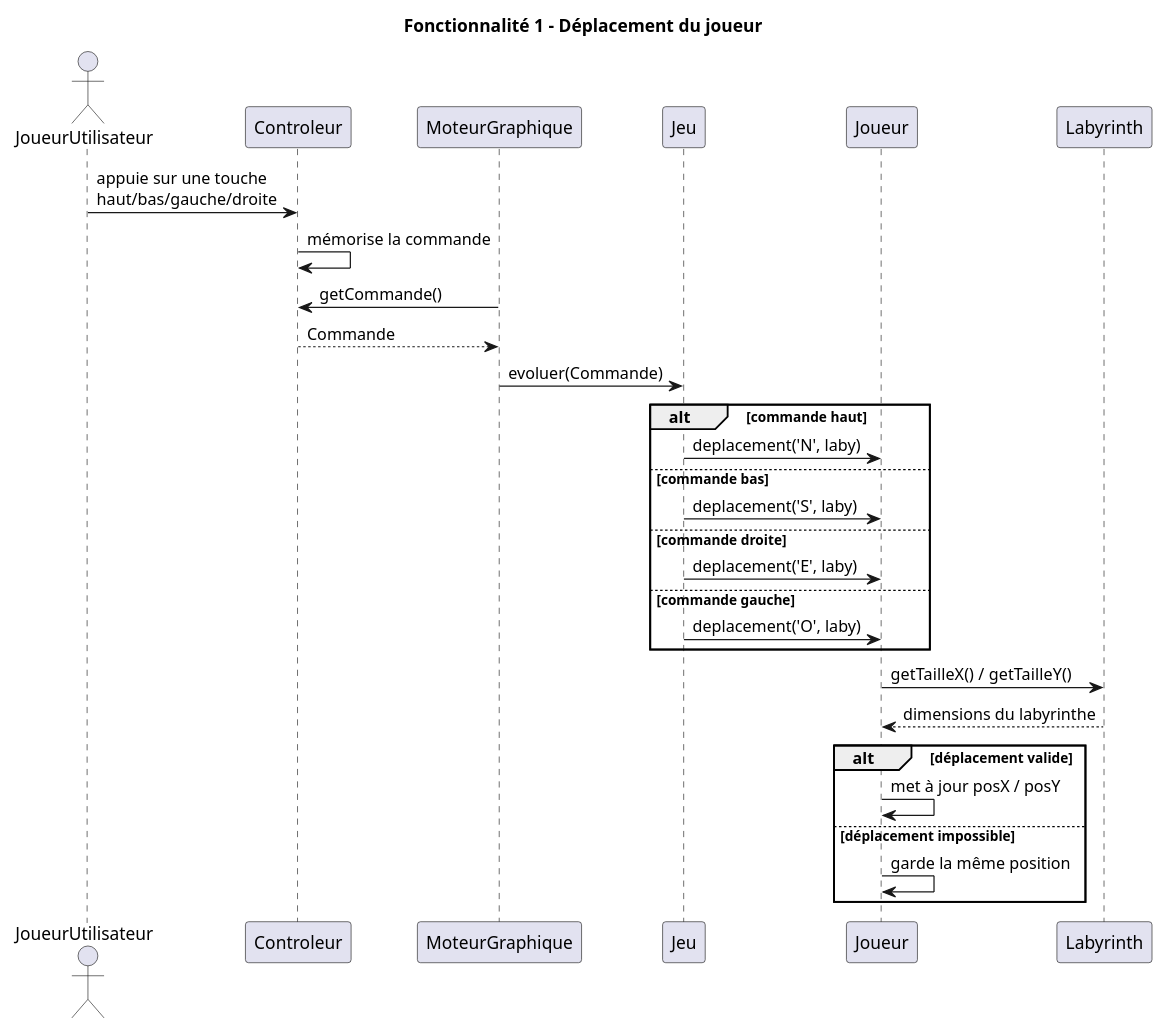
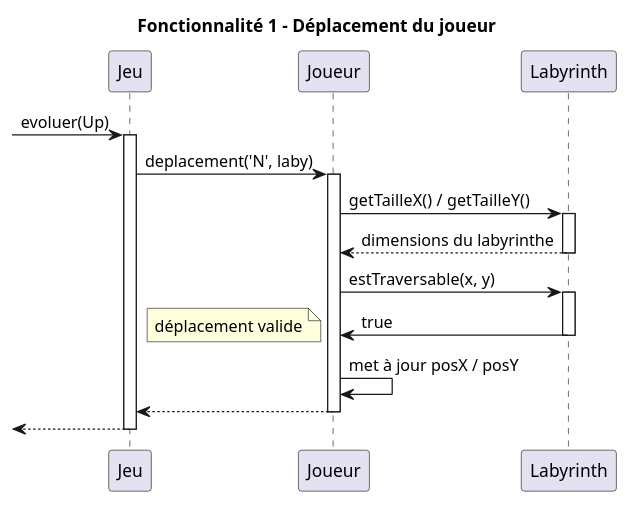
The diagram in projet_zeldiablo/documents/version_1/DiagrammeSequenceDeplacement.puml (Zayd54500/2026_COO_Zeldiablo_ZB_VJ_HD_MM), drawn with PlantUML before and after one commit. The commit also changed 1 other file, not shown here.

Commit message:
Modification diagramme séquence

```diff
--- a/projet_zeldiablo/documents/version_1/DiagrammeSequenceDeplacement.puml
+++ b/projet_zeldiablo/documents/version_1/DiagrammeSequenceDeplacement.puml
@@ -1,38 +1,27 @@
 @startuml
 title Fonctionnalité 1 - Déplacement du joueur
-
-actor JoueurUtilisateur as User
-participant "Controleur" as Controleur
-participant "MoteurGraphique" as Moteur
 participant "Jeu" as Jeu
 participant "Joueur" as Joueur
 participant "Labyrinth" as Labyrinth
-
-User -> Controleur : appuie sur une touche\nhaut/bas/gauche/droite
-Controleur -> Controleur : mémorise la commande
-
-Moteur -> Controleur : getCommande()
-Controleur --> Moteur : Commande
-
-Moteur -> Jeu : evoluer(Commande)
-
-alt commande haut
-    Jeu -> Joueur : deplacement('N', laby)
-else commande bas
-    Jeu -> Joueur : deplacement('S', laby)
-else commande droite
-    Jeu -> Joueur : deplacement('E', laby)
-else commande gauche
-    Jeu -> Joueur : deplacement('O', laby)
-end
-
+-> Jeu : evoluer(Up)
+activate "Jeu"
+Jeu -> Joueur : deplacement('N', laby)
+activate "Joueur"
 Joueur -> Labyrinth : getTailleX() / getTailleY()
+activate "Labyrinth"
 Labyrinth --> Joueur : dimensions du labyrinthe
-
-alt déplacement valide
-    Joueur -> Joueur : met à jour posX / posY
-else déplacement impossible
-    Joueur -> Joueur : garde la même position
-end
+deactivate "Labyrinth"
+"Joueur" -> "Labyrinth" : estTraversable(x, y)
+activate "Labyrinth"
+"Labyrinth" -> "Joueur" : true
+deactivate "Labyrinth"
+note left
+    déplacement valide
+end note
+Joueur -> Joueur : met à jour posX / posY
+"Joueur" --> "Jeu"
+deactivate "Joueur"
+<-- "Jeu"
+deactivate "Jeu"
 
 @enduml
```
